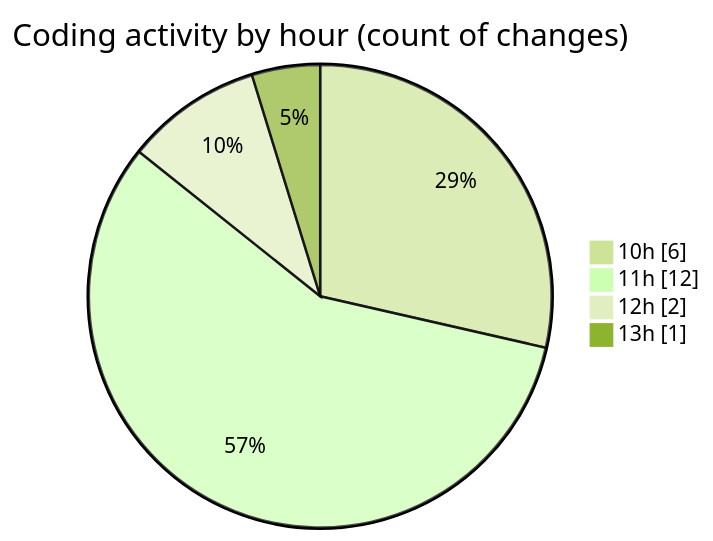
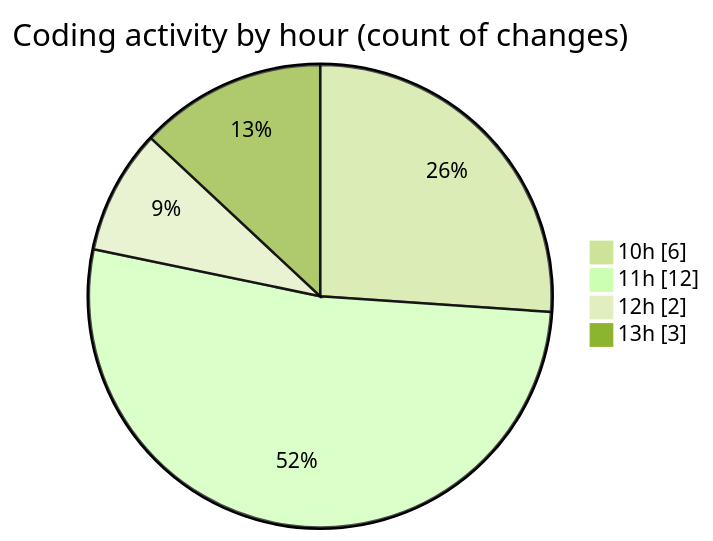
The second of 2 diagrams in 2026-06-25/nxtqube_webapp/README.md (nxtqubesakshisongat/code-tracking), drawn with Mermaid (forest theme) before and after one commit. The commit also changed other lines of this file and 1 other file, not shown here.

````diff
--- a/2026-06-25/nxtqube_webapp/README.md
+++ b/2026-06-25/nxtqube_webapp/README.md
@@ -29,8 +29,8 @@
 ```mermaid
 pie showData
 title Coding activity by hour (count of changes)
 "10h" : 6
 "11h" : 12
 "12h" : 2
-"13h" : 1
+"13h" : 3
 ```
````
